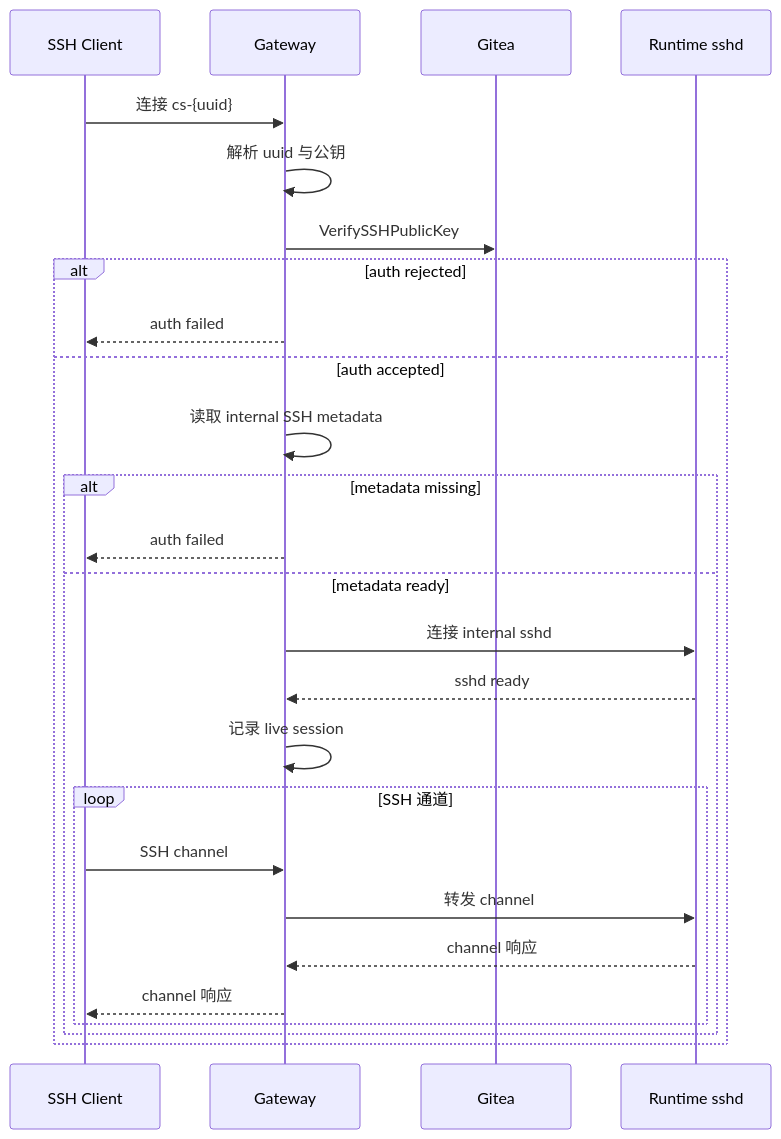
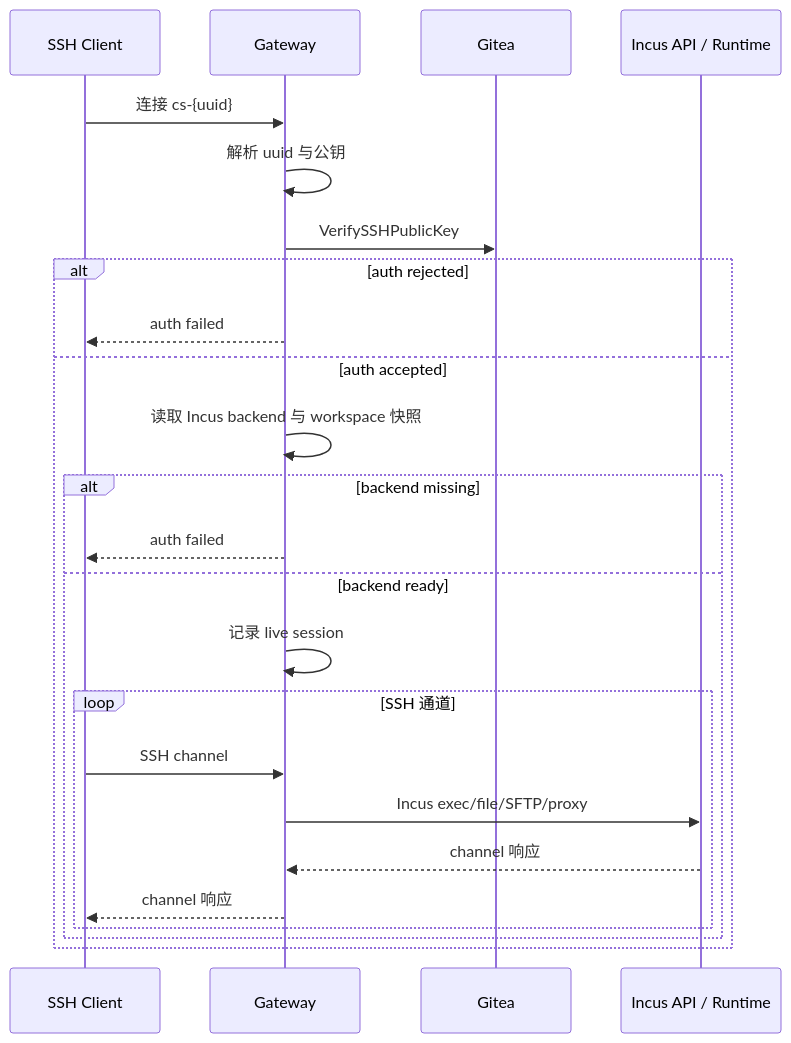
The fourth of 4 diagrams in src/manager-gateway.md (ExplodingDragon/gitea-dev), drawn with Mermaid before and after one commit. The commit also changed other lines of this file and 10 other files, not shown here.

````diff
--- a/src/manager-gateway.md
+++ b/src/manager-gateway.md
@@ -1406,29 +1219,27 @@
 ```mermaid
 sequenceDiagram
     participant C as SSH Client
     participant W as Gateway
     participant G as Gitea
-    participant R as Runtime sshd
+    participant I as Incus API / Runtime
 
     C->>W: 连接 cs-{uuid}
     W->>W: 解析 uuid 与公钥
     W->>G: VerifySSHPublicKey
     alt auth rejected
         W-->>C: auth failed
     else auth accepted
-        W->>W: 读取 internal SSH metadata
-        alt metadata missing
+        W->>W: 读取 Incus backend 与 workspace 快照
+        alt backend missing
             W-->>C: auth failed
-        else metadata ready
-            W->>R: 连接 internal sshd
-            R-->>W: sshd ready
+        else backend ready
             W->>W: 记录 live session
             loop SSH 通道
                 C->>W: SSH channel
-                W->>R: 转发 channel
-                R-->>W: channel 响应
+                W->>I: Incus exec/file/SFTP/proxy
+                I-->>W: channel 响应
                 W-->>C: channel 响应
             end
         end
     end
 ```
````
